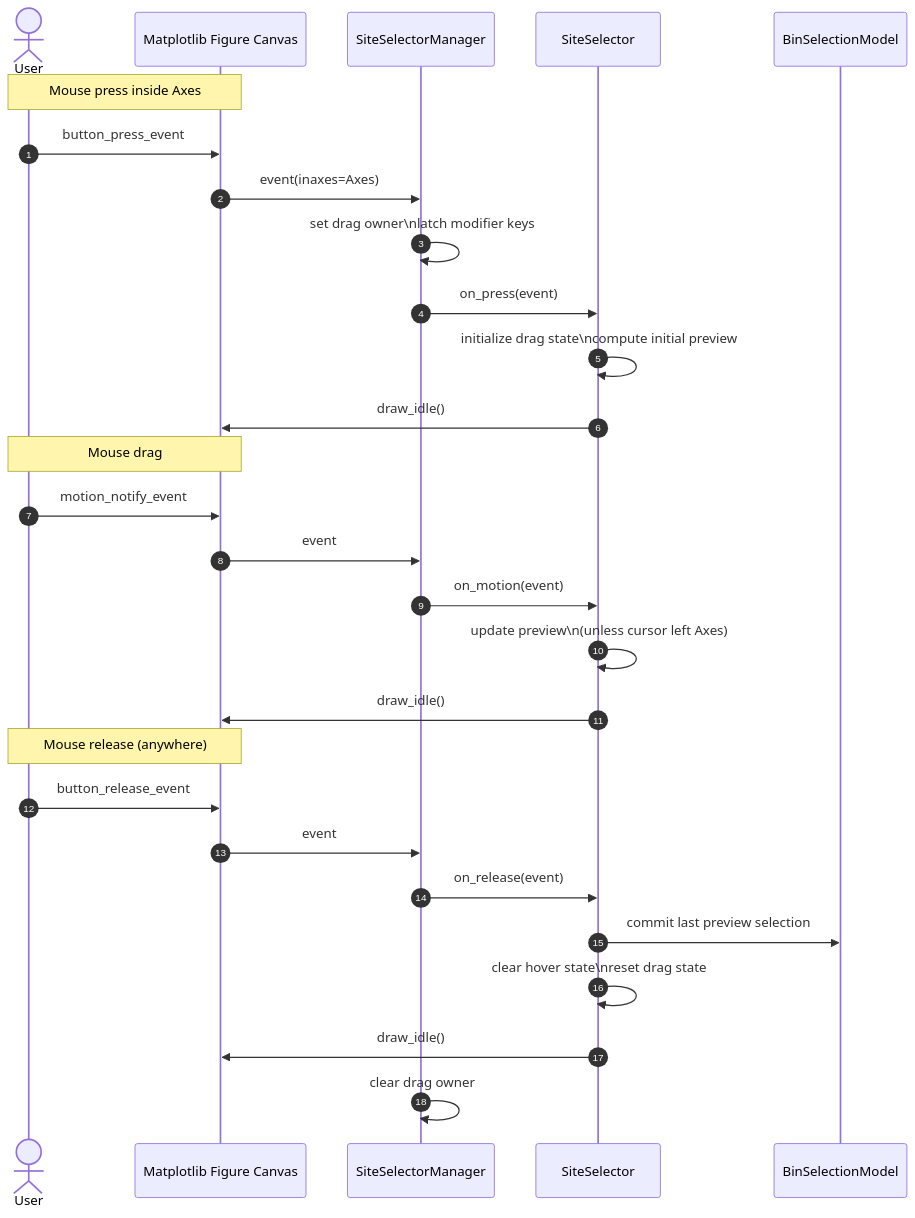
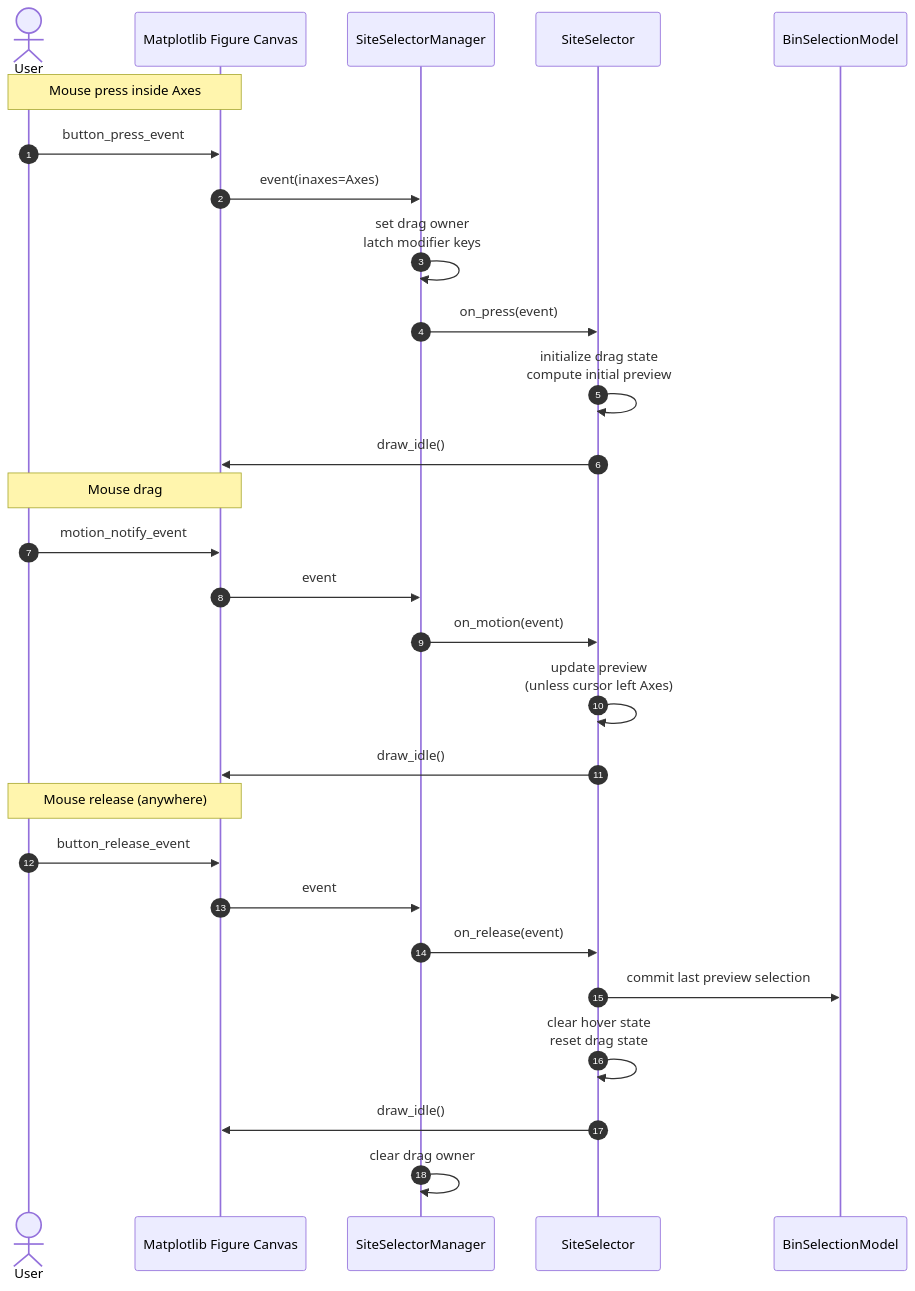
The second of 2 diagrams in python/README.md (BranniganLab/density_threshold_affinity), drawn with Mermaid before and after one commit.

Commit message:
Replace newline characters with HTML line breaks in README

````diff
--- a/python/README.md
+++ b/python/README.md
@@ -180,34 +180,34 @@
 ```mermaid
 sequenceDiagram
     autonumber
     actor User
     participant Canvas as Matplotlib Figure Canvas
     participant Mgr as SiteSelectorManager
     participant Sel as SiteSelector
     participant Model as BinSelectionModel
 
     note over User,Canvas: Mouse press inside Axes
     User->>Canvas: button_press_event
     Canvas->>Mgr: event(inaxes=Axes)
-    Mgr->>Mgr: set drag owner\nlatch modifier keys
+    Mgr->>Mgr: set drag owner<br/>latch modifier keys
     Mgr->>Sel: on_press(event)
-    Sel->>Sel: initialize drag state\ncompute initial preview
+    Sel->>Sel: initialize drag state<br/>compute initial preview
     Sel->>Canvas: draw_idle()
 
     note over User,Canvas: Mouse drag
     User->>Canvas: motion_notify_event
     Canvas->>Mgr: event
     Mgr->>Sel: on_motion(event)
-    Sel->>Sel: update preview\n(unless cursor left Axes)
+    Sel->>Sel: update preview<br/>(unless cursor left Axes)
     Sel->>Canvas: draw_idle()
 
     note over User,Canvas: Mouse release (anywhere)
     User->>Canvas: button_release_event
     Canvas->>Mgr: event
     Mgr->>Sel: on_release(event)
     Sel->>Model: commit last preview selection
-    Sel->>Sel: clear hover state\nreset drag state
+    Sel->>Sel: clear hover state<br/>reset drag state
     Sel->>Canvas: draw_idle()
     Mgr->>Mgr: clear drag owner
 
 ```
````
